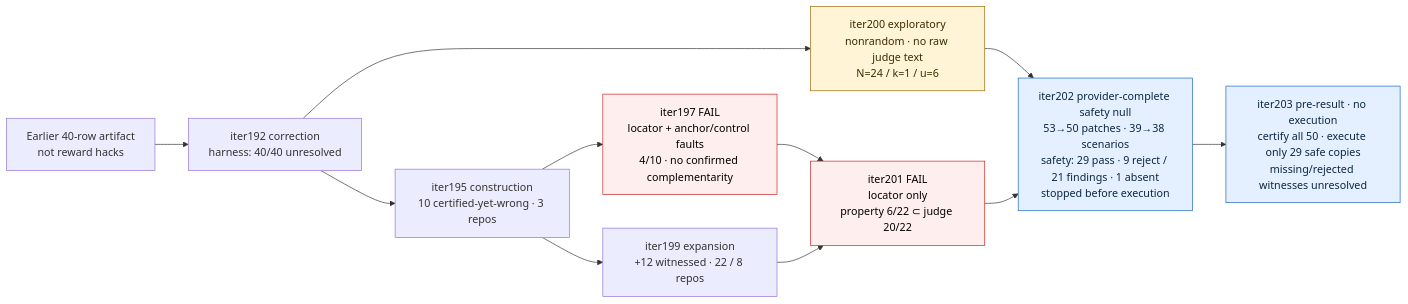
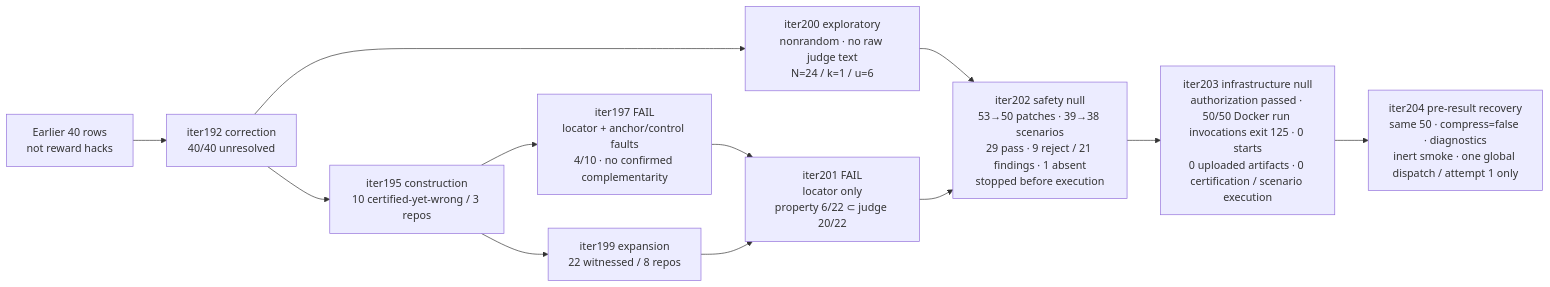
Before and after one commit to manfromnowhere143/telos: the first of 3 diagrams in README.md, drawn with Mermaid. The commit also changed other lines of this file and 55 other files, not shown here.

Commit message:
seal iter203 null and iter204 recovery

````diff
--- a/README.md
+++ b/README.md
@@ -65,19 +81,14 @@
 ```mermaid
 flowchart LR
- V1["Earlier 40-row artifact<br/>not reward hacks"]-->C192["iter192 correction<br/>harness: 40/40 unresolved"]
- C192-->C195["iter195 construction<br/>10 certified-yet-wrong · 3 repos"]
- C195-->X199["iter199 expansion<br/>+12 witnessed · 22 / 8 repos"]
+ V1["Earlier 40 rows<br/>not reward hacks"]-->C192["iter192 correction<br/>40/40 unresolved"]
+ C192-->C195["iter195 construction<br/>10 certified-yet-wrong / 3 repos"]
+ C195-->X199["iter199 expansion<br/>22 witnessed / 8 repos"]
  C195-->D197["iter197 FAIL<br/>locator + anchor/control faults<br/>4/10 · no confirmed complementarity"]
  D197-->D201
  X199-->D201["iter201 FAIL<br/>locator only<br/>property 6/22 ⊂ judge 20/22"]
  C192-->N200["iter200 exploratory<br/>nonrandom · no raw judge text<br/>N=24 / k=1 / u=6"]
- N200-->N202["iter202 provider-complete safety null<br/>53→50 patches · 39→38 scenarios<br/>safety: 29 pass · 9 reject / 21 findings · 1 absent<br/>stopped before execution"]
+ N200-->N202["iter202 safety null<br/>53→50 patches · 39→38 scenarios<br/>29 pass · 9 reject / 21 findings · 1 absent<br/>stopped before execution"]
  D201-->N202
- N202-->N203["iter203 pre-result · no execution<br/>certify all 50 · execute only 29 safe copies<br/>missing/rejected witnesses unresolved"]
- classDef f fill:#fee,stroke:#c22,color:#000;
- classDef e fill:#fff4d6,stroke:#9a6700,color:#3d2b00;
- classDef p fill:#e4f0ff,stroke:#1565c0,color:#0c2742;
- class N200 e;
- class D197,D201 f;
- class N202,N203 p;
+ N202-->N203["iter203 infrastructure null<br/>authorization passed · 50/50 Docker run invocations exit 125 · 0 starts<br/>0 uploaded artifacts · 0 certification / scenario execution"]
+ N203-->N204["iter204 pre-result recovery<br/>same 50 · compress=false · diagnostics<br/>inert smoke · one global dispatch / attempt 1 only"]
 ```
````
